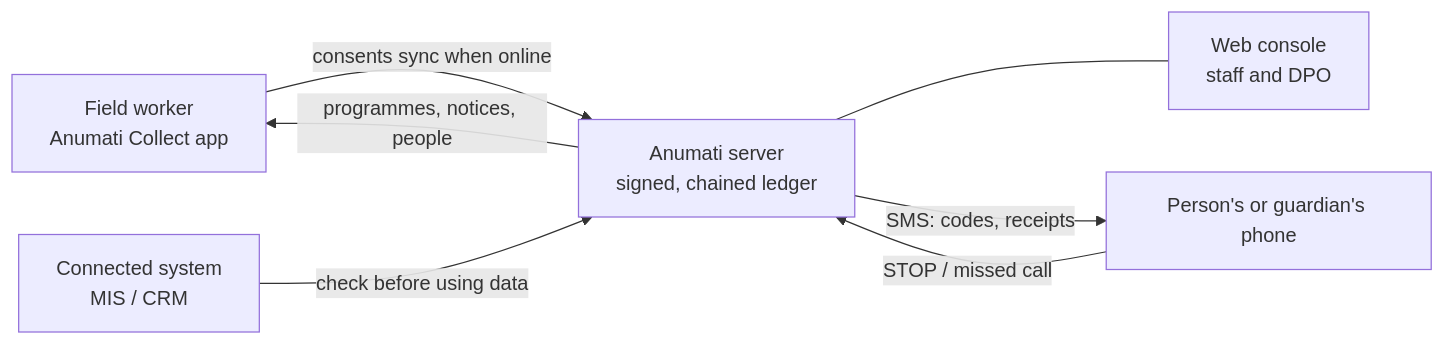
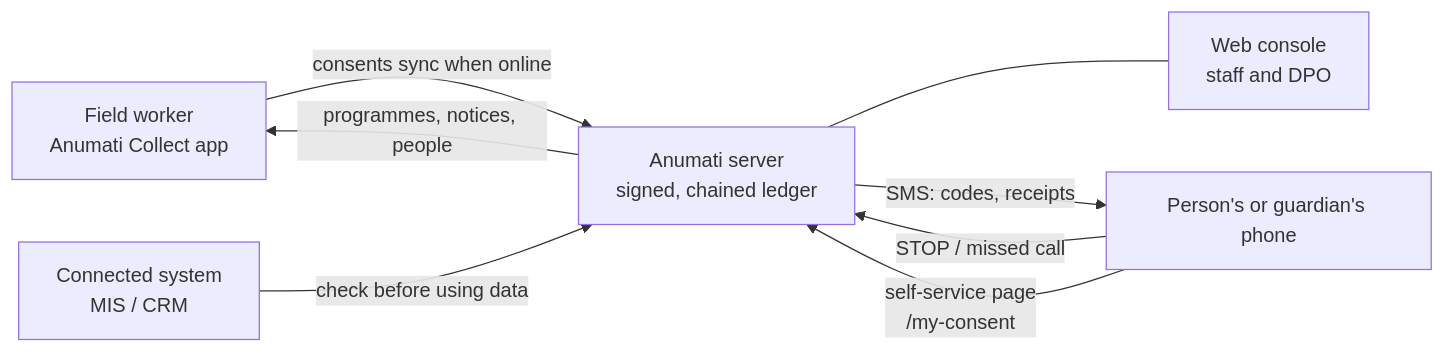
One commit to sunandan89/anumati changed the first of 12 diagrams in docs/guide/product-guide.md. Above: the diagram before and after it, drawn with Mermaid. The commit also changed other lines of this file and 37 other files, not shown here.

````diff
--- a/docs/guide/product-guide.md
+++ b/docs/guide/product-guide.md
@@ -29,9 +29,10 @@
 ```mermaid
 flowchart LR
   FW["Field worker<br/>Anumati Collect app"] -- "consents sync when online" --> S["Anumati server<br/>signed, chained ledger"]
   S -- "programmes, notices, people" --> FW
   S --- C["Web console<br/>staff and DPO"]
   H["Connected system<br/>MIS / CRM"] -- "check before using data" --> S
   S -- "SMS: codes, receipts" --> P["Person's or guardian's phone"]
   P -- "STOP / missed call" --> S
+  P -- "self-service page<br/>/my-consent" --> S
 ```
````
